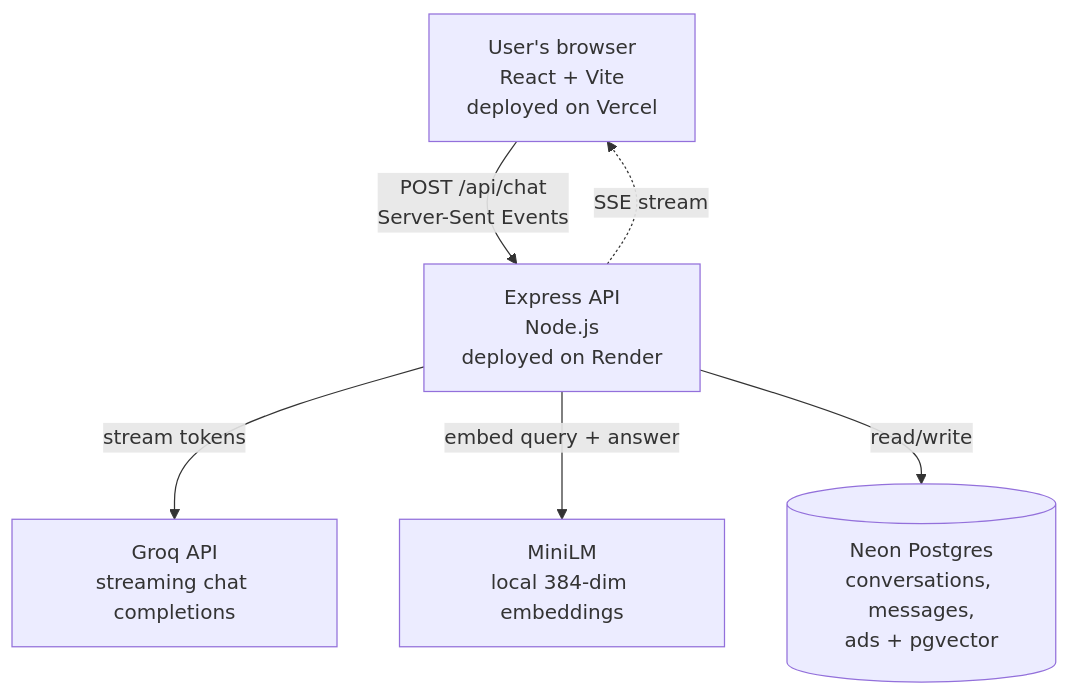
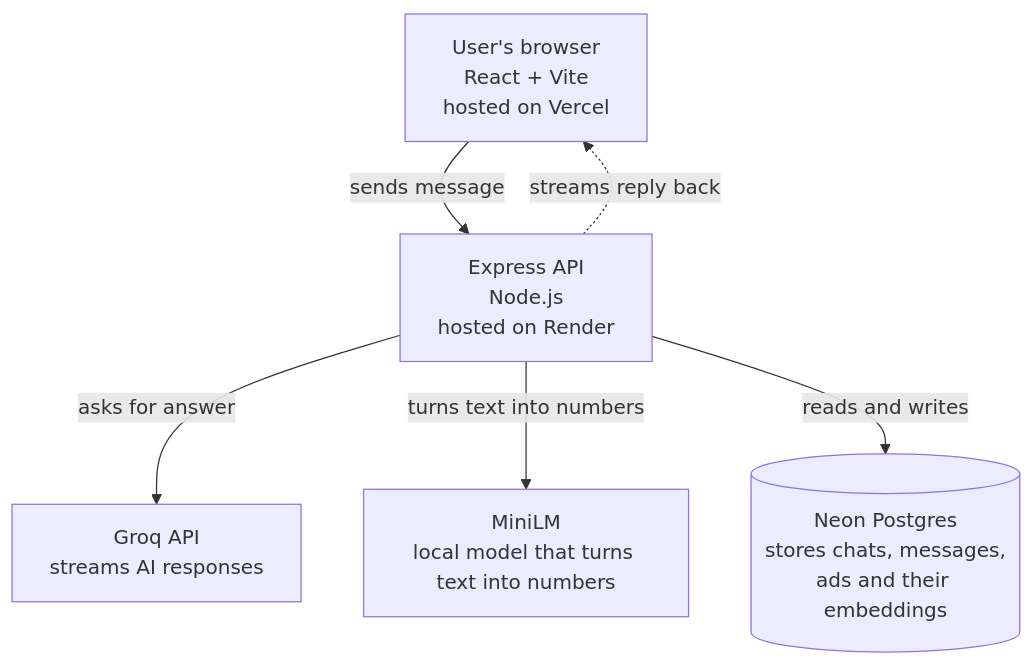
Before and after one commit to Vidhwan101/contextual-ads-chatbot: the diagram in README.md, drawn with Mermaid. The commit also changed other lines of this file, not shown here.

````diff
--- a/README.md
+++ b/README.md
@@ -38,14 +45,14 @@
 ```mermaid
 flowchart TB
-    A[User's browser<br/>React + Vite<br/>deployed on Vercel]
-    B[Express API<br/>Node.js<br/>deployed on Render]
-    C[Groq API<br/>streaming chat completions]
-    D[MiniLM<br/>local 384-dim embeddings]
-    E[(Neon Postgres<br/>conversations, messages,<br/>ads + pgvector)]
+    A[User's browser<br/>React + Vite<br/>hosted on Vercel]
+    B[Express API<br/>Node.js<br/>hosted on Render]
+    C[Groq API<br/>streams AI responses]
+    D[MiniLM<br/>local model that turns text into numbers]
+    E[(Neon Postgres<br/>stores chats, messages,<br/>ads and their embeddings)]
 
-    A -->|POST /api/chat<br/>Server-Sent Events| B
-    B -->|stream tokens| C
-    B -->|embed query + answer| D
-    B -->|read/write| E
-    B -.->|SSE stream| A
+    A -->|sends message| B
+    B -->|asks for answer| C
+    B -->|turns text into numbers| D
+    B -->|reads and writes| E
+    B -.->|streams reply back| A
 ```
````
